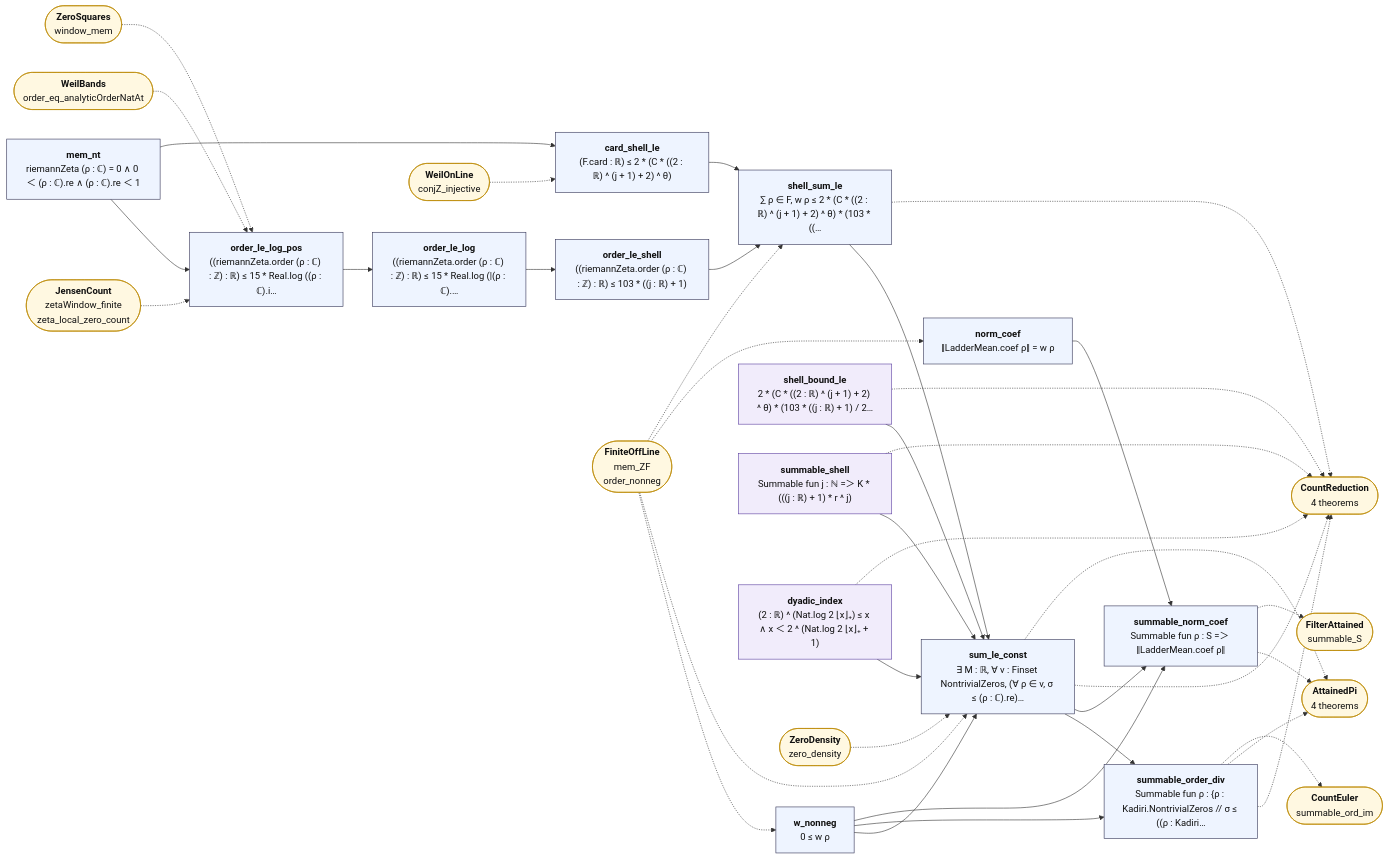
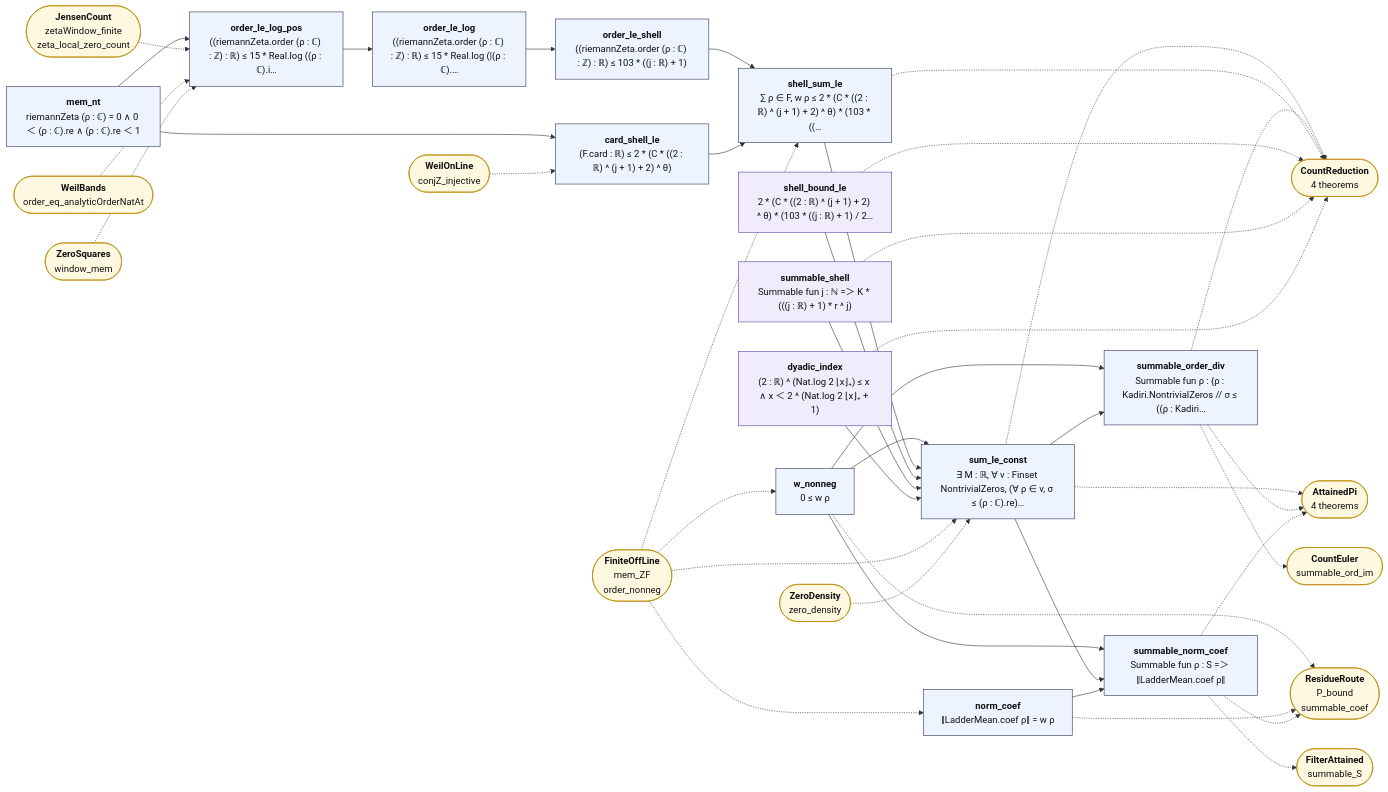
Before and after one commit to juliansambranojr/Primebeat_081426: the diagram in map/lean_stage3/ZeroSummable.mmd, drawn with Mermaid. The commit also changed 24 other files, not shown here.

```diff
--- a/map/lean_stage3/ZeroSummable.mmd
+++ b/map/lean_stage3/ZeroSummable.mmd
@@ -1,69 +1,73 @@
 flowchart LR
   n0["<b>w_nonneg</b><br/>0 ≤ w ρ"]:::thm
   n1["<b>mem_nt</b><br/>riemannZeta (ρ : ℂ) = 0 ∧ 0 ＜ (ρ : ℂ).re ∧ (ρ : ℂ).re ＜ 1"]:::thm
   n2["<b>order_le_log_pos</b><br/>((riemannZeta.order (ρ : ℂ) : ℤ) : ℝ) ≤ 15 * Real.log ((ρ : ℂ).i…"]:::thm
   n3["<b>order_le_log</b><br/>((riemannZeta.order (ρ : ℂ) : ℤ) : ℝ) ≤ 15 * Real.log (|(ρ : ℂ).…"]:::thm
   n4["<b>order_le_shell</b><br/>((riemannZeta.order (ρ : ℂ) : ℤ) : ℝ) ≤ 103 * ((j : ℝ) + 1)"]:::thm
   n5["<b>card_shell_le</b><br/>(F.card : ℝ) ≤ 2 * (C * ((2 : ℝ) ^ (j + 1) + 2) ^ θ)"]:::thm
   n6["<b>shell_sum_le</b><br/>∑ ρ ∈ F, w ρ ≤ 2 * (C * ((2 : ℝ) ^ (j + 1) + 2) ^ θ) * (103 * ((…"]:::thm
   n7["<b>shell_bound_le</b><br/>2 * (C * ((2 : ℝ) ^ (j + 1) + 2) ^ θ) * (103 * ((j : ℝ) + 1) / 2…"]:::shp
   n8["<b>summable_shell</b><br/>Summable fun j : ℕ =＞ K * (((j : ℝ) + 1) * r ^ j)"]:::shp
   n9["<b>dyadic_index</b><br/>(2 : ℝ) ^ (Nat.log 2 ⌊x⌋₊) ≤ x ∧ x ＜ 2 ^ (Nat.log 2 ⌊x⌋₊ + 1)"]:::shp
   n10["<b>sum_le_const</b><br/>∃ M : ℝ, ∀ v : Finset NontrivialZeros, (∀ ρ ∈ v, σ ≤ (ρ : ℂ).re)…"]:::thm
   n11["<b>summable_order_div</b><br/>Summable fun ρ : {ρ : Kadiri.NontrivialZeros // σ ≤ ((ρ : Kadiri…"]:::thm
   n12["<b>norm_coef</b><br/>‖LadderMean.coef ρ‖ = w ρ"]:::thm
   n13["<b>summable_norm_coef</b><br/>Summable fun ρ : S =＞ ‖LadderMean.coef ρ‖"]:::thm
   x0(["<b>FiniteOffLine</b><br/>mem_ZF<br/>order_nonneg"]):::ext
-  x1(["<b>JensenCount</b><br/>zetaWindow_finite<br/>zeta_local_zero_count"]):::ext
-  x2(["<b>WeilBands</b><br/>order_eq_analyticOrderNatAt"]):::ext
-  x3(["<b>ZeroSquares</b><br/>window_mem"]):::ext
-  x4(["<b>WeilOnLine</b><br/>conjZ_injective"]):::ext
-  x5(["<b>CountReduction</b><br/>4 theorems"]):::ext
-  x6(["<b>ZeroDensity</b><br/>zero_density"]):::ext
-  x7(["<b>AttainedPi</b><br/>4 theorems"]):::ext
-  x8(["<b>CountEuler</b><br/>summable_ord_im"]):::ext
-  x9(["<b>FilterAttained</b><br/>summable_S"]):::ext
+  x1(["<b>ResidueRoute</b><br/>P_bound<br/>summable_coef"]):::ext
+  x2(["<b>JensenCount</b><br/>zetaWindow_finite<br/>zeta_local_zero_count"]):::ext
+  x3(["<b>WeilBands</b><br/>order_eq_analyticOrderNatAt"]):::ext
+  x4(["<b>ZeroSquares</b><br/>window_mem"]):::ext
+  x5(["<b>WeilOnLine</b><br/>conjZ_injective"]):::ext
+  x6(["<b>CountReduction</b><br/>4 theorems"]):::ext
+  x7(["<b>ZeroDensity</b><br/>zero_density"]):::ext
+  x8(["<b>AttainedPi</b><br/>4 theorems"]):::ext
+  x9(["<b>CountEuler</b><br/>summable_ord_im"]):::ext
+  x10(["<b>FilterAttained</b><br/>summable_S"]):::ext
   n0 --> n10
   n0 --> n11
   n0 --> n13
   n1 --> n2
   n1 --> n5
   n10 --> n11
   n10 --> n13
   n12 --> n13
   n2 --> n3
   n3 --> n4
   n4 --> n6
   n5 --> n6
   n6 --> n10
   n7 --> n10
   n8 --> n10
   n9 --> n10
-  n10 -.-> x5
-  n10 -.-> x7
-  n11 -.-> x5
-  n11 -.-> x7
+  n0 -.-> x1
+  n10 -.-> x6
+  n10 -.-> x8
+  n11 -.-> x6
   n11 -.-> x8
-  n13 -.-> x7
-  n13 -.-> x9
-  n6 -.-> x5
-  n7 -.-> x5
-  n8 -.-> x5
-  n9 -.-> x5
+  n11 -.-> x9
+  n12 -.-> x1
+  n13 -.-> x1
+  n13 -.-> x10
+  n13 -.-> x8
+  n6 -.-> x6
+  n7 -.-> x6
+  n8 -.-> x6
+  n9 -.-> x6
   x0 -.-> n0
   x0 -.-> n10
   x0 -.-> n12
   x0 -.-> n6
-  x1 -.-> n2
   x2 -.-> n2
   x3 -.-> n2
-  x4 -.-> n5
-  x6 -.-> n10
+  x4 -.-> n2
+  x5 -.-> n5
+  x7 -.-> n10
   classDef cnt fill:#dff5ec,stroke:#17694a,color:#111
   classDef shp fill:#f1ecfb,stroke:#5b3fa0,color:#111
   classDef rh fill:#ffe5e5,stroke:#c22,color:#111,stroke-width:2px
   classDef thm fill:#eef4ff,stroke:#335,color:#111
   classDef end_ fill:#e7f7e7,stroke:#2a7,color:#111,stroke-width:2px
   classDef lone fill:#fff,stroke:#999,color:#111,stroke-dasharray:4 3
   classDef bad fill:#ffe5e5,stroke:#c22,color:#111,stroke-width:2px
   classDef ext fill:#fff8e1,stroke:#b80,color:#111
```
